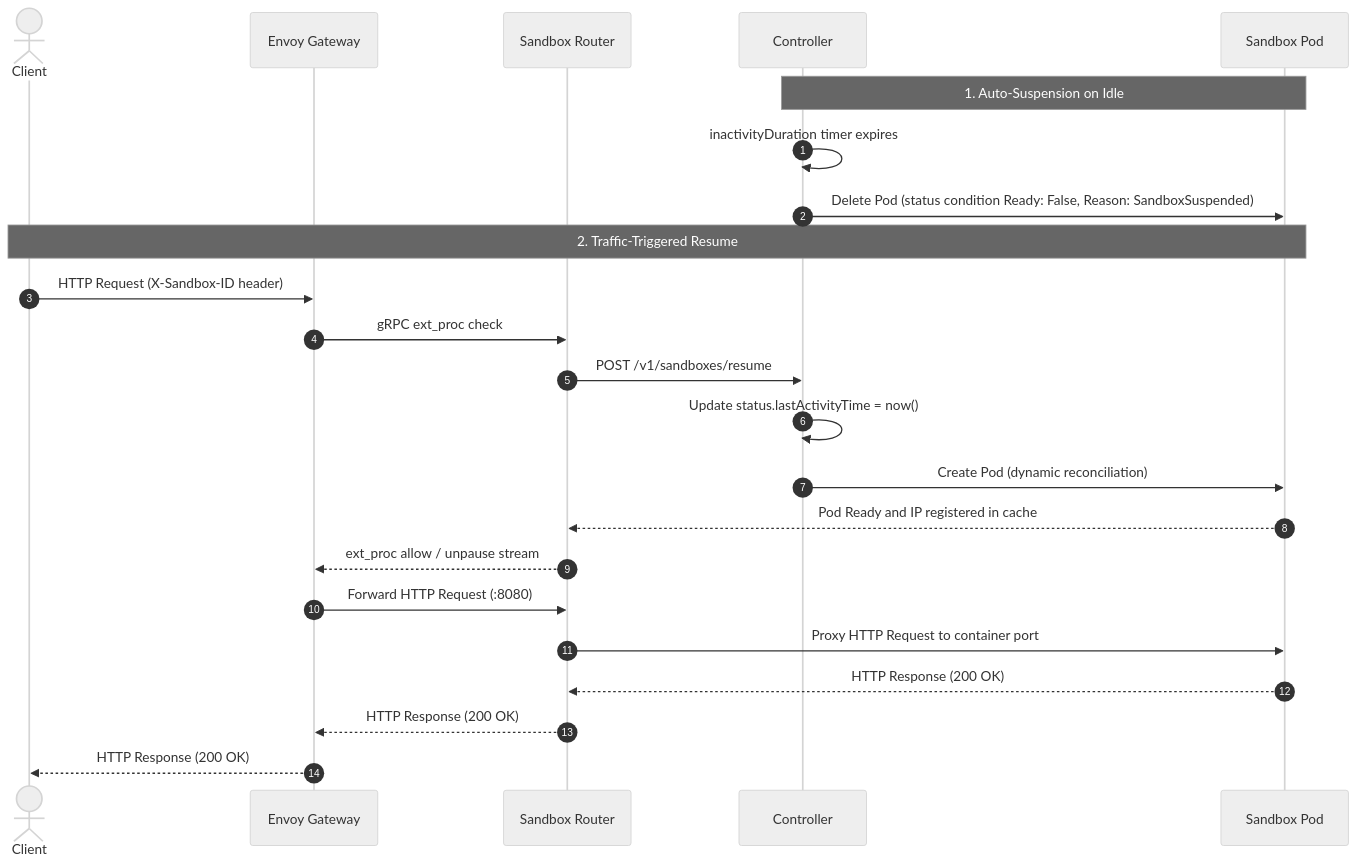
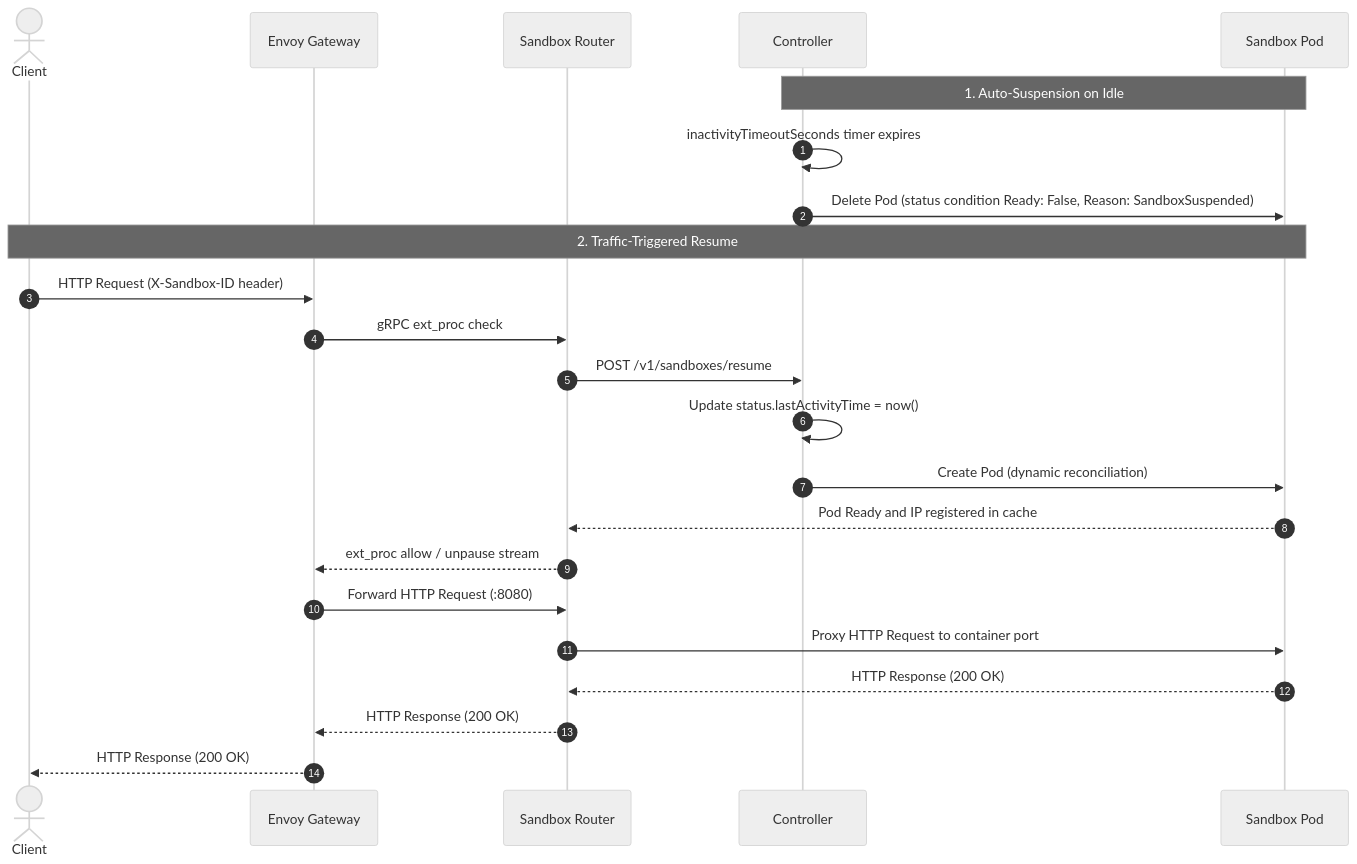
The second of 2 diagrams in docs/auto_suspension.md (kubernetes-sigs/agent-sandbox), drawn with Mermaid (neutral theme) before and after one commit. The commit also changed other lines of this file and 22 other files, not shown here.

````diff
--- a/docs/auto_suspension.md
+++ b/docs/auto_suspension.md
@@ -43,27 +43,27 @@
 ```mermaid
 sequenceDiagram
     autonumber
     actor Client
     participant EG as Envoy Gateway
     participant SR as Sandbox Router
     participant CTRL as Controller
     participant POD as Sandbox Pod
 
     Note over CTRL,POD: 1. Auto-Suspension on Idle
-    CTRL->>CTRL: inactivityDuration timer expires
+    CTRL->>CTRL: inactivityTimeoutSeconds timer expires
     CTRL->>POD: Delete Pod (status condition Ready: False, Reason: SandboxSuspended)
 
     Note over Client,POD: 2. Traffic-Triggered Resume
     Client->>EG: HTTP Request (X-Sandbox-ID header)
     EG->>SR: gRPC ext_proc check
     SR->>CTRL: POST /v1/sandboxes/resume
     CTRL->>CTRL: Update status.lastActivityTime = now()
     CTRL->>POD: Create Pod (dynamic reconciliation)
     POD-->>SR: Pod Ready and IP registered in cache
     SR-->>EG: ext_proc allow / unpause stream
     EG->>SR: Forward HTTP Request (:8080)
     SR->>POD: Proxy HTTP Request to container port
     POD-->>SR: HTTP Response (200 OK)
     SR-->>EG: HTTP Response (200 OK)
     EG-->>Client: HTTP Response (200 OK)
 ```
````
